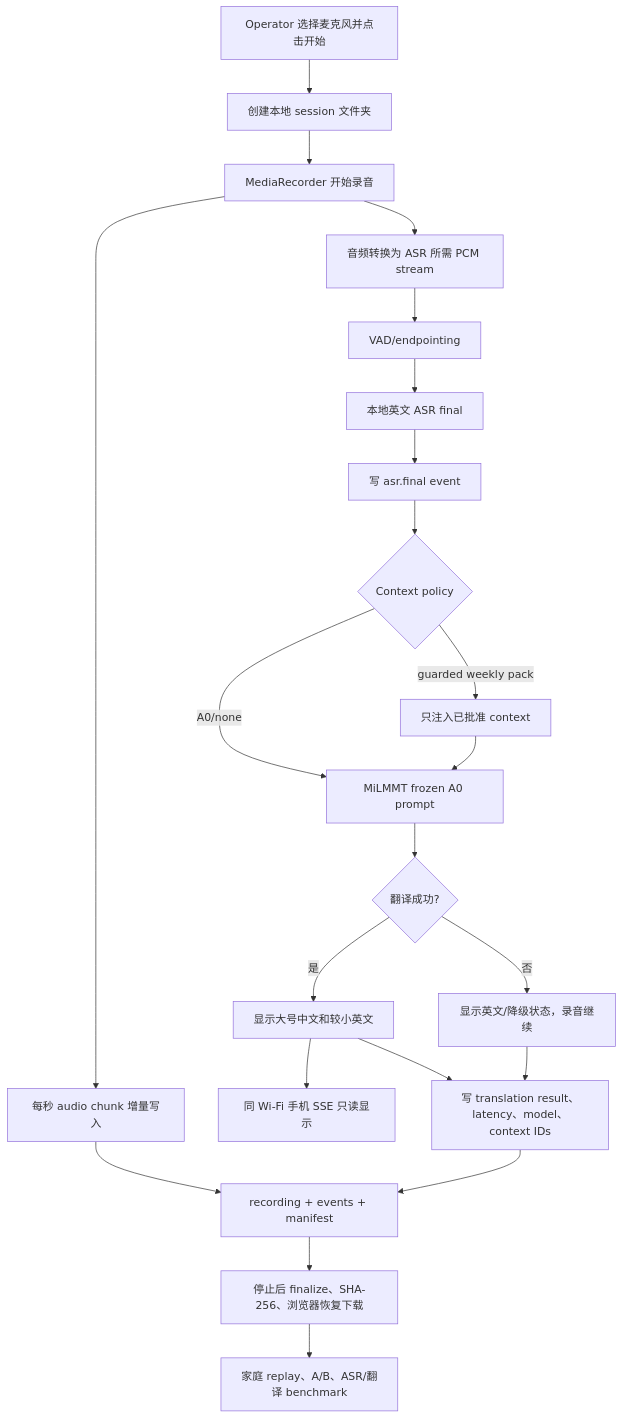
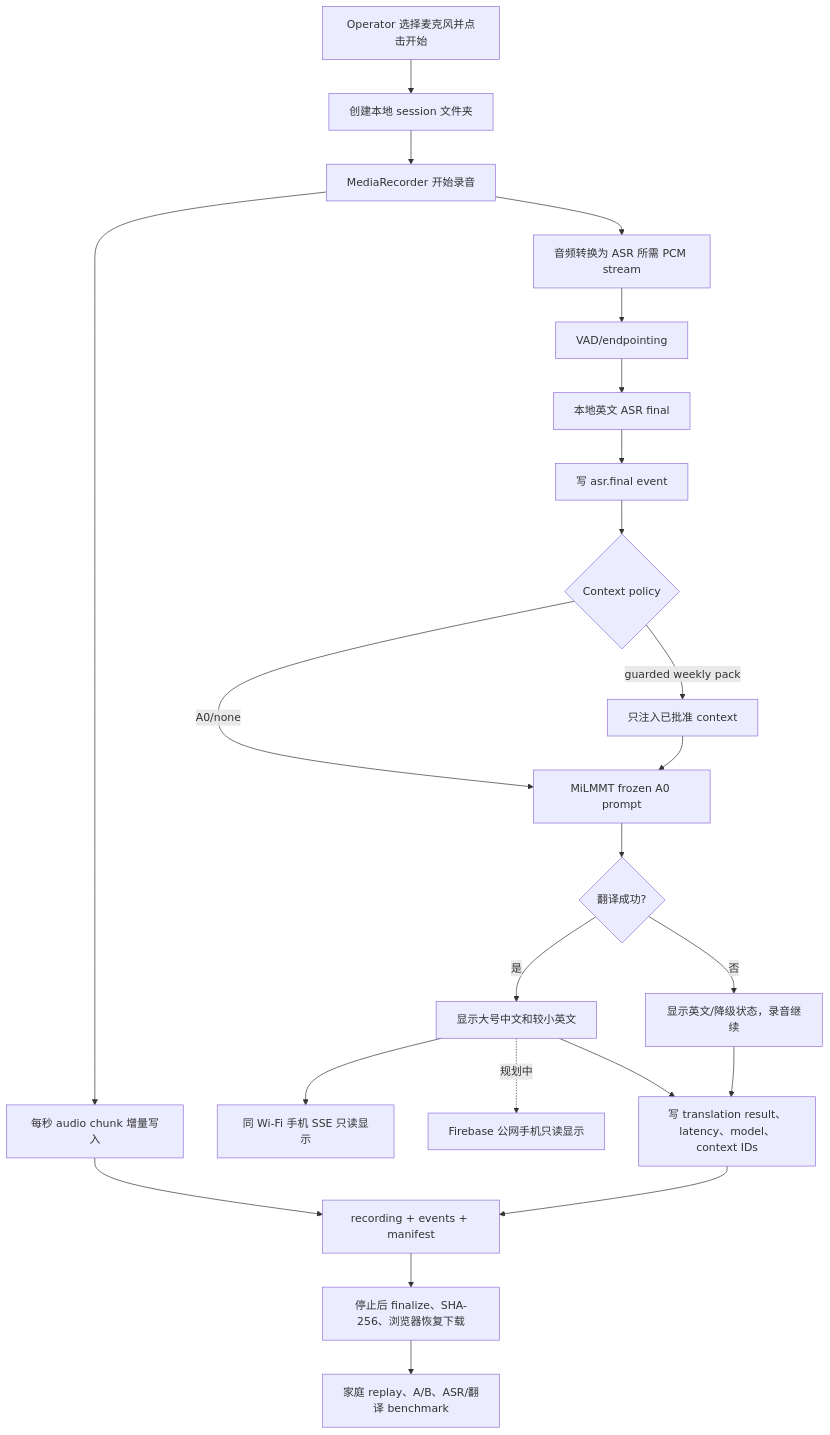
The third of 4 diagrams in docs/workflows/README.zh.md (JonathanJing/sermon-video-zh-subtitles), drawn with Mermaid before and after one commit. The commit also changed other lines of this file and 4 other files, not shown here.

````diff
--- a/docs/workflows/README.zh.md
+++ b/docs/workflows/README.zh.md
@@ -105,24 +105,25 @@
 ```mermaid
 flowchart TD
     A[Operator 选择麦克风并点击开始] --> B[创建本地 session 文件夹]
     B --> C[MediaRecorder 开始录音]
     C --> D[每秒 audio chunk 增量写入]
     C --> E[音频转换为 ASR 所需 PCM stream]
     E --> F[VAD/endpointing]
     F --> G[本地英文 ASR final]
     G --> I[写 asr.final event]
     I --> J{Context policy}
     J -- A0/none --> K[MiLMMT frozen A0 prompt]
     J -- guarded weekly pack --> L[只注入已批准 context]
     L --> K
     K --> M{翻译成功?}
     M -- 是 --> N[显示大号中文和较小英文]
     M -- 否 --> O[显示英文/降级状态，录音继续]
     N --> U[同 Wi-Fi 手机 SSE 只读显示]
+    N -. 规划中 .-> V[Firebase 公网手机只读显示]
     N --> P[写 translation result、latency、model、context IDs]
     O --> P
     D --> Q[recording + events + manifest]
     P --> Q
     Q --> R[停止后 finalize、SHA-256、浏览器恢复下载]
     R --> S[家庭 replay、A/B、ASR/翻译 benchmark]
 ```
````
